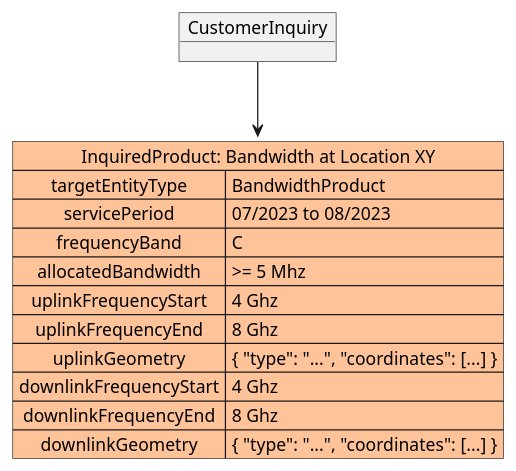
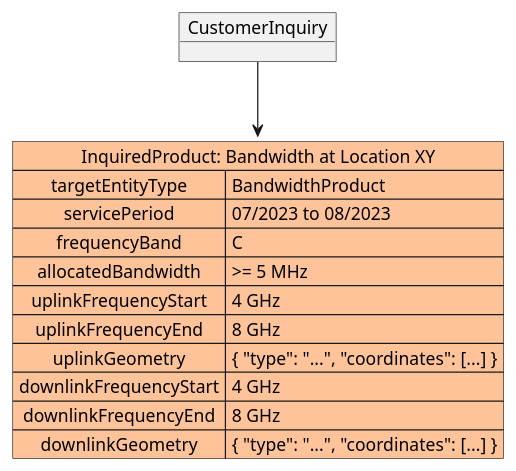
Before and after one commit to psi-consortium/psi: the first of 12 diagrams in doc/PSI/PSI-ICD/characteristics.md, drawn with PlantUML. The commit also changed other lines of this file and 926 other files, not shown here.

````diff
--- a/doc/PSI/PSI-ICD/characteristics.md
+++ b/doc/PSI/PSI-ICD/characteristics.md
@@ -41,18 +41,18 @@
 ```plantuml
 @startuml
 object "CustomerInquiry" as in
 map "InquiredProduct: Bandwidth at Location XY" as f1 #ffc399 {
     targetEntityType => BandwidthProduct
     servicePeriod => 07/2023 to 08/2023
     frequencyBand => C
-    allocatedBandwidth => >= 5 Mhz
-    uplinkFrequencyStart => 4 Ghz
-    uplinkFrequencyEnd => 8 Ghz
+    allocatedBandwidth => >= 5 MHz
+    uplinkFrequencyStart => 4 GHz
+    uplinkFrequencyEnd => 8 GHz
     uplinkGeometry => { "type": "...", "coordinates": [...] }
-    downlinkFrequencyStart => 4 Ghz
-    downlinkFrequencyEnd => 8 Ghz
+    downlinkFrequencyStart => 4 GHz
+    downlinkFrequencyEnd => 8 GHz
     downlinkGeometry => { "type": "...", "coordinates": [...] }
 }
 in --> f1
 @enduml
 ```
````
